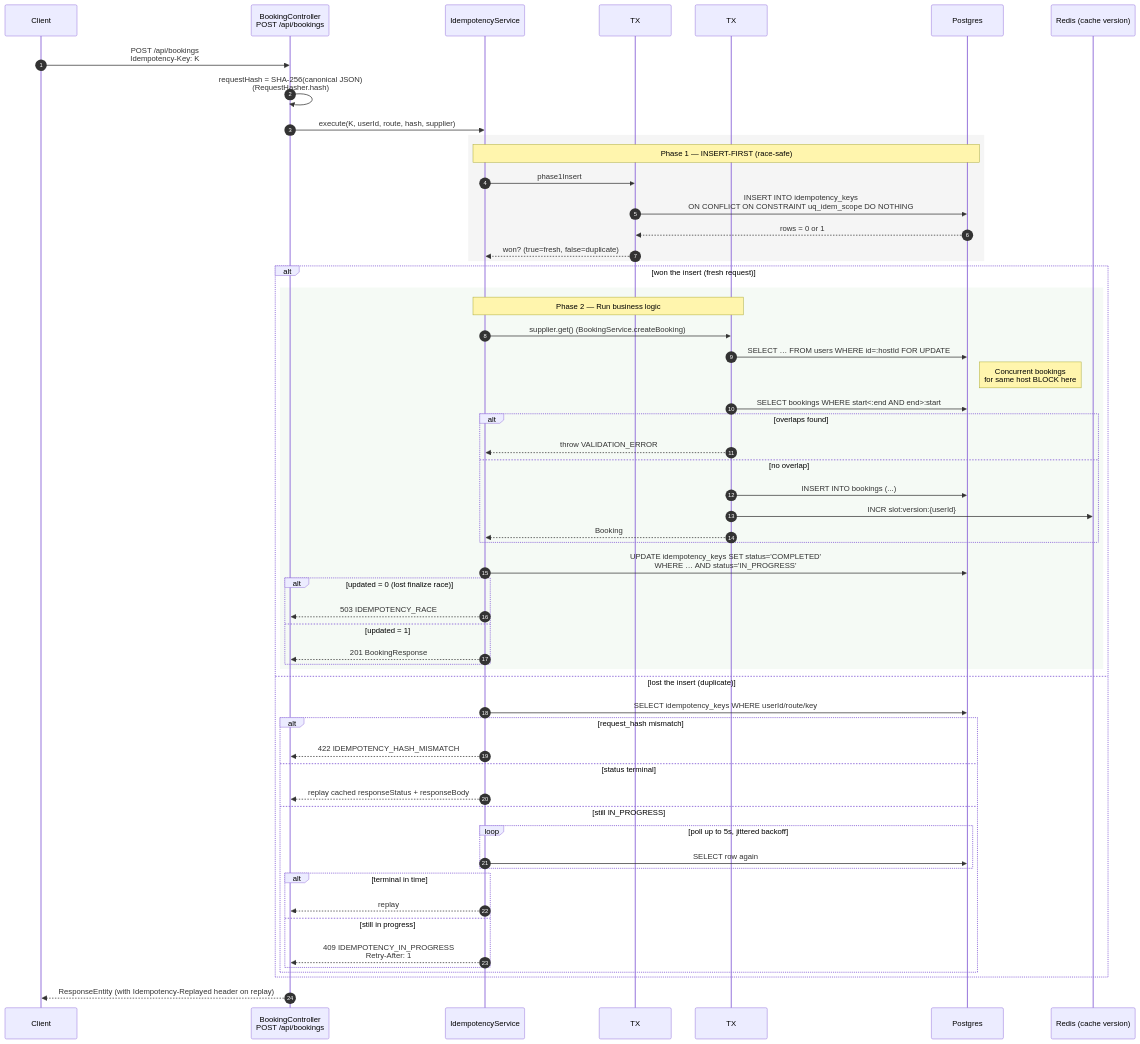
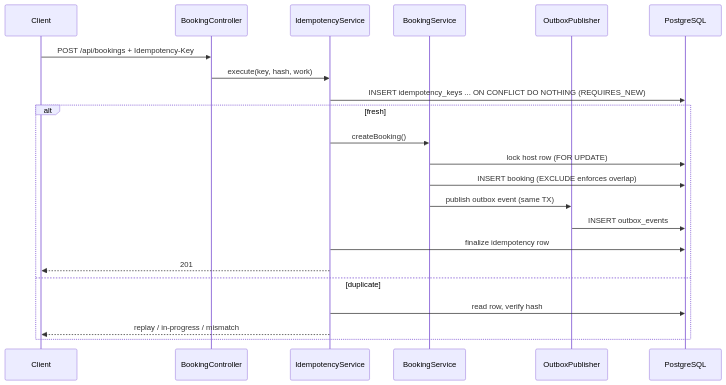
The third of 5 diagrams in docs/ARCHITECTURE.md (koushikruidas/BunnyCal-api), drawn with Mermaid before and after one commit. The commit also changed other lines of this file and 1 other file, not shown here.

Commit message:
updated architecture

````diff
--- a/docs/ARCHITECTURE.md
+++ b/docs/ARCHITECTURE.md
@@ -147,63 +137,26 @@
 ```mermaid
 sequenceDiagram
-    autonumber
     participant C as Client
-    participant Ctl as BookingController<br/>POST /api/bookings
-    participant Idm as IdempotencyService
-    participant Tx1 as TX#1 (REQUIRES_NEW)
-    participant Tx2 as TX#2 (booking)
-    participant Pg as Postgres
-    participant Rds as Redis (cache version)
+    participant BC as BookingController
+    participant IS as IdempotencyService
+    participant BS as BookingService
+    participant OP as OutboxPublisher
+    participant DB as PostgreSQL
 
-    C->>Ctl: POST /api/bookings<br/>Idempotency-Key: K
-    Ctl->>Ctl: requestHash = SHA-256(canonical JSON)<br/>(RequestHasher.hash)
-    Ctl->>Idm: execute(K, userId, route, hash, supplier)
+    C->>BC: POST /api/bookings + Idempotency-Key
+    BC->>IS: execute(key, hash, work)
+    IS->>DB: INSERT idempotency_keys ... ON CONFLICT DO NOTHING (REQUIRES_NEW)
 
-    rect rgb(245,245,245)
-    note over Idm,Pg: Phase 1 — INSERT-FIRST (race-safe)
-    Idm->>Tx1: phase1Insert
-    Tx1->>Pg: INSERT INTO idempotency_keys<br/>ON CONFLICT ON CONSTRAINT uq_idem_scope DO NOTHING
-    Pg-->>Tx1: rows = 0 or 1
-    Tx1-->>Idm: won? (true=fresh, false=duplicate)
+    alt fresh
+      IS->>BS: createBooking()
+      BS->>DB: lock host row (FOR UPDATE)
+      BS->>DB: INSERT booking (EXCLUDE enforces overlap)
+      BS->>OP: publish outbox event (same TX)
+      OP->>DB: INSERT outbox_events
+      IS->>DB: finalize idempotency row
+      IS-->>C: 201
+    else duplicate
+      IS->>DB: read row, verify hash
+      IS-->>C: replay / in-progress / mismatch
     end
-
-    alt won the insert (fresh request)
-        rect rgb(245,250,245)
-        note over Idm,Tx2: Phase 2 — Run business logic
-        Idm->>Tx2: supplier.get() (BookingService.createBooking)
-        Tx2->>Pg: SELECT … FROM users WHERE id=:hostId FOR UPDATE
-        note right of Pg: Concurrent bookings<br/>for same host BLOCK here
-        Tx2->>Pg: SELECT bookings WHERE start<:end AND end>:start
-        alt overlaps found
-            Tx2-->>Idm: throw VALIDATION_ERROR
-        else no overlap
-            Tx2->>Pg: INSERT INTO bookings (...)
-            Tx2->>Rds: INCR slot:version:{userId}
-            Tx2-->>Idm: Booking
-        end
-        Idm->>Pg: UPDATE idempotency_keys SET status='COMPLETED'<br/>WHERE … AND status='IN_PROGRESS'
-        alt updated = 0 (lost finalize race)
-            Idm-->>Ctl: 503 IDEMPOTENCY_RACE
-        else updated = 1
-            Idm-->>Ctl: 201 BookingResponse
-        end
-        end
-    else lost the insert (duplicate)
-        Idm->>Pg: SELECT idempotency_keys WHERE userId/route/key
-        alt request_hash mismatch
-            Idm-->>Ctl: 422 IDEMPOTENCY_HASH_MISMATCH
-        else status terminal
-            Idm-->>Ctl: replay cached responseStatus + responseBody
-        else still IN_PROGRESS
-            loop poll up to 5s, jittered backoff
-                Idm->>Pg: SELECT row again
-            end
-            alt terminal in time
-                Idm-->>Ctl: replay
-            else still in progress
-                Idm-->>Ctl: 409 IDEMPOTENCY_IN_PROGRESS<br/>Retry-After: 1
-            end
-        end
-    end
-    Ctl-->>C: ResponseEntity (with Idempotency-Replayed header on replay)
 ```
````
